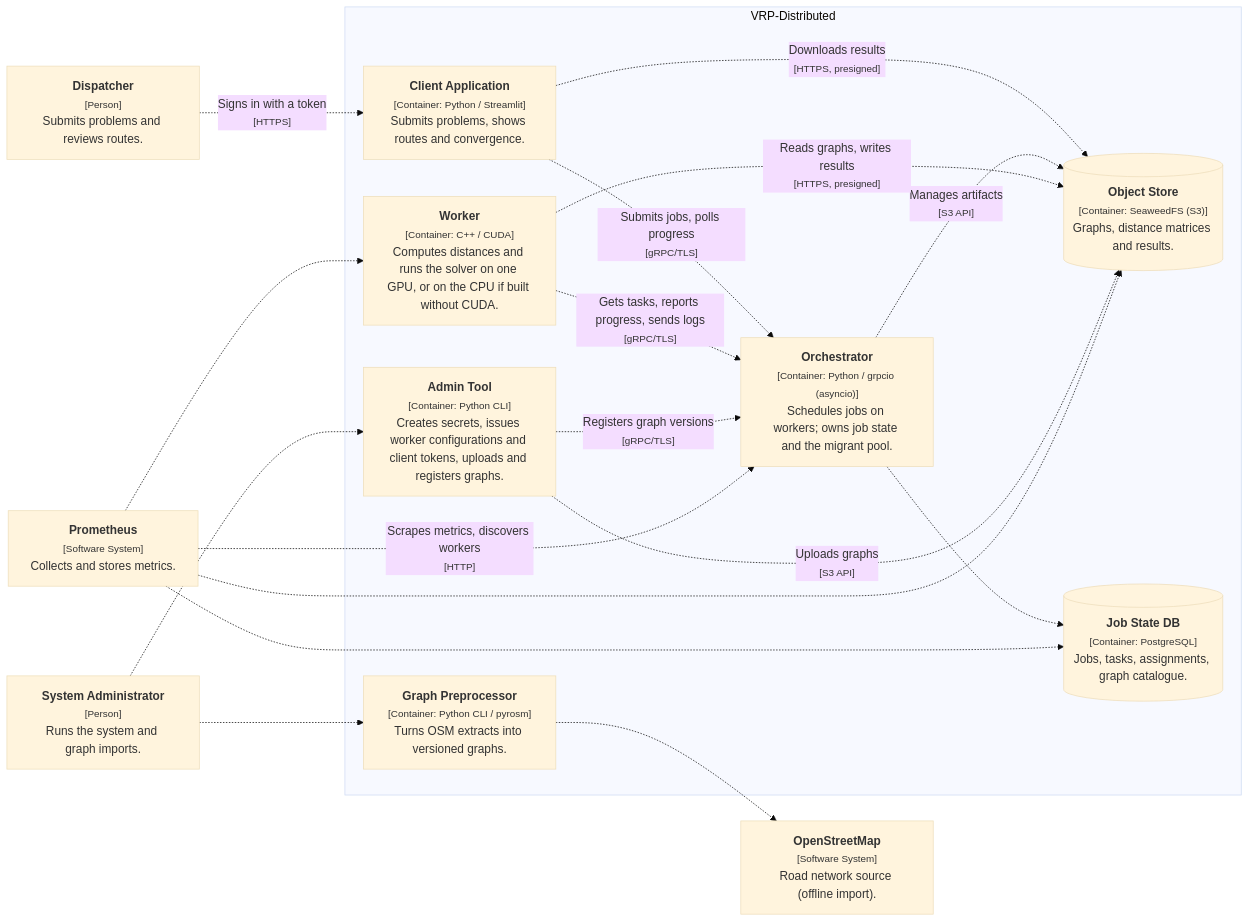
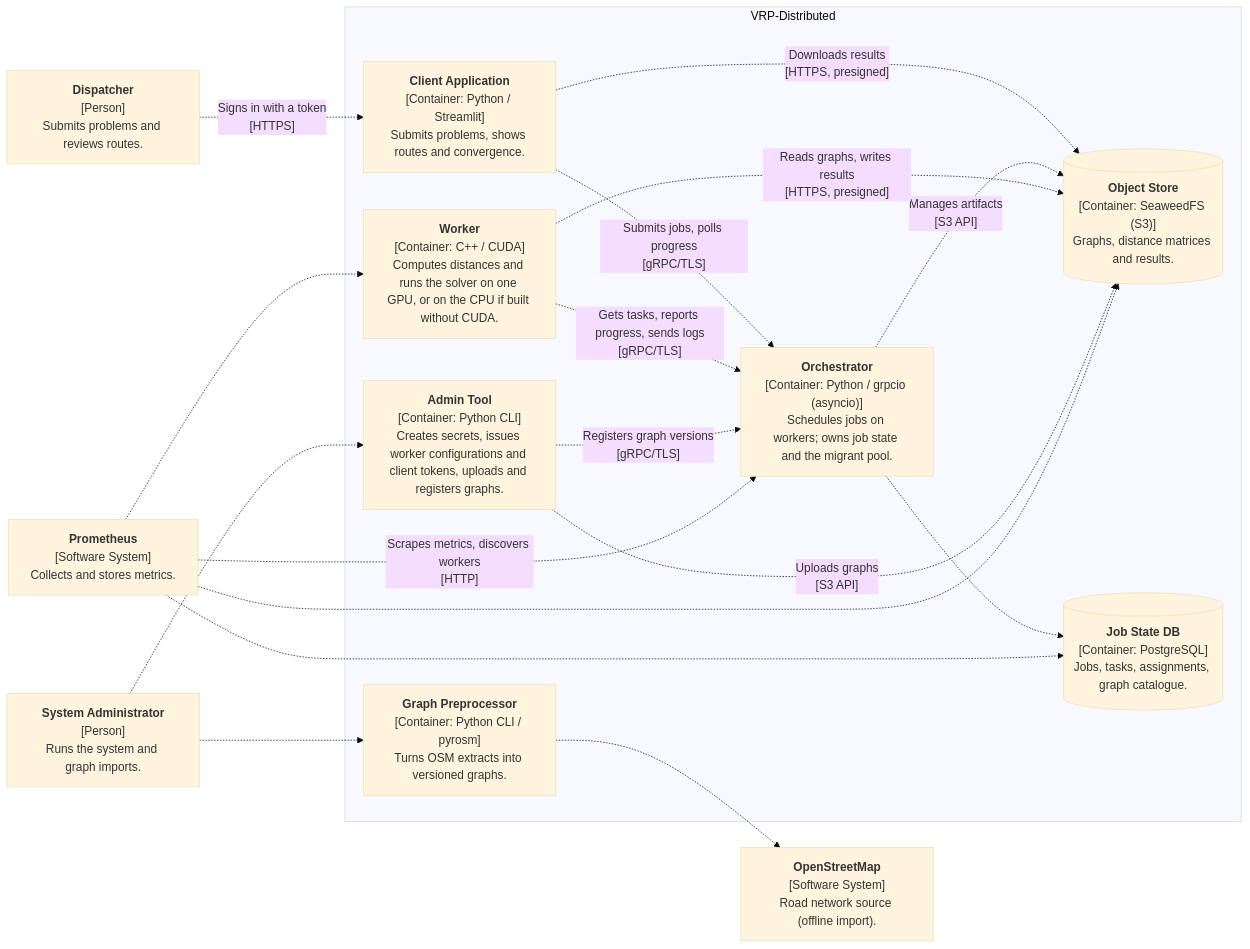
Before and after one commit to PogSmok/vrp-distributed: the diagram in README.md, drawn with Mermaid (base theme). The commit also changed other lines of this file and 25 other files, not shown here.

Commit message:
feat: release workflow, 15 MB live road plans, and diagram fixes

````diff
--- a/README.md
+++ b/README.md
@@ -65,37 +64,37 @@
 ```mermaid
 graph LR
 
-    1["<b>Dispatcher</b><br/><small>[Person]</small><br/>Submits problems and reviews routes."]
-    2["<b>System Administrator</b><br/><small>[Person]</small><br/>Runs the system and graph imports."]
-    30["<b>OpenStreetMap</b><br/><small>[Software System]</small><br/>Road network source (offline import)."]
-    31["<b>Prometheus</b><br/><small>[Software System]</small><br/>Collects and stores metrics."]
+    1["<b>Dispatcher</b><br/>[Person]<br/>Submits problems and reviews routes."]
+    2["<b>System Administrator</b><br/>[Person]<br/>Runs the system and graph imports."]
+    30["<b>OpenStreetMap</b><br/>[Software System]<br/>Road network source (offline import)."]
+    31["<b>Prometheus</b><br/>[Software System]<br/>Collects and stores metrics."]
 
     subgraph 3 ["VRP-Distributed"]
 
-      16["<b>Worker</b><br/><small>[Container: C++ / CUDA]</small><br/>Computes distances and runs the solver on one GPU, or on the CPU if built without CUDA."]
-      26["<b>Graph Preprocessor</b><br/><small>[Container: Python CLI / pyrosm]</small><br/>Turns OSM extracts into versioned graphs."]
-      27["<b>Admin Tool</b><br/><small>[Container: Python CLI]</small><br/>Creates secrets, issues worker configurations and client tokens, uploads and registers graphs."]
-      28[("<b>Object Store</b><br/><small>[Container: SeaweedFS (S3)]</small><br/>Graphs, distance matrices and results.")]
-      29[("<b>Job State DB</b><br/><small>[Container: PostgreSQL]</small><br/>Jobs, tasks, assignments, graph catalogue.")]
-      4["<b>Client Application</b><br/><small>[Container: Python / Streamlit]</small><br/>Submits problems, shows routes and convergence."]
-      5["<b>Orchestrator</b><br/><small>[Container: Python / grpcio (asyncio)]</small><br/>Schedules jobs on workers; owns job state and the migrant pool."]
+      16["<b>Worker</b><br/>[Container: C++ / CUDA]<br/>Computes distances and runs the solver on one GPU, or on the CPU if built without CUDA."]
+      26["<b>Graph Preprocessor</b><br/>[Container: Python CLI / pyrosm]<br/>Turns OSM extracts into versioned graphs."]
+      27["<b>Admin Tool</b><br/>[Container: Python CLI]<br/>Creates secrets, issues worker configurations and client tokens, uploads and registers graphs."]
+      28[("<b>Object Store</b><br/>[Container: SeaweedFS (S3)]<br/>Graphs, distance matrices and results.")]
+      29[("<b>Job State DB</b><br/>[Container: PostgreSQL]<br/>Jobs, tasks, assignments, graph catalogue.")]
+      4["<b>Client Application</b><br/>[Container: Python / Streamlit]<br/>Submits problems, shows routes and convergence."]
+      5["<b>Orchestrator</b><br/>[Container: Python / grpcio (asyncio)]<br/>Schedules jobs on workers; owns job state and the migrant pool."]
     end
 
-    1-. "Signs in with a token<br/><small>[HTTPS]</small>" .->4
-    4-. "Submits jobs, polls progress<br/><small>[gRPC/TLS]</small>" .->5
-    4-. "Downloads results<br/><small>[HTTPS, presigned]</small>" .->28
+    1-. "Signs in with a token<br/>[HTTPS]" .->4
+    4-. "Submits jobs, polls progress<br/>[gRPC/TLS]" .->5
+    4-. "Downloads results<br/>[HTTPS, presigned]" .->28
     5-.->29
-    5-. "Manages artifacts<br/><small>[S3 API]</small>" .->28
-    16-. "Gets tasks, reports progress, sends logs<br/><small>[gRPC/TLS]</small>" .->5
-    16-. "Reads graphs, writes results<br/><small>[HTTPS, presigned]</small>" .->28
+    5-. "Manages artifacts<br/>[S3 API]" .->28
+    16-. "Gets tasks, reports progress, sends logs<br/>[gRPC/TLS]" .->5
+    16-. "Reads graphs, writes results<br/>[HTTPS, presigned]" .->28
     26-.->30
-    27-. "Uploads graphs<br/><small>[S3 API]</small>" .->28
-    27-. "Registers graph versions<br/><small>[gRPC/TLS]</small>" .->5
-    31-. "Scrapes metrics, discovers workers<br/><small>[HTTP]</small>" .->5
+    27-. "Uploads graphs<br/>[S3 API]" .->28
+    27-. "Registers graph versions<br/>[gRPC/TLS]" .->5
+    31-. "Scrapes metrics, discovers workers<br/>[HTTP]" .->5
     31-.->29
     31-.->28
     31-.->16
     2-.->26
     2-.->27
 
 ```
````
